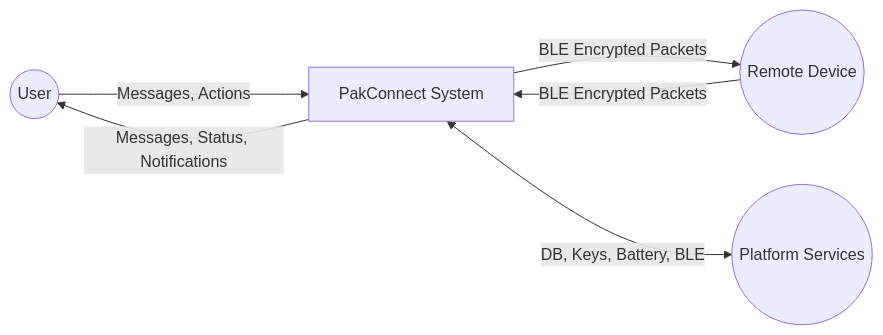
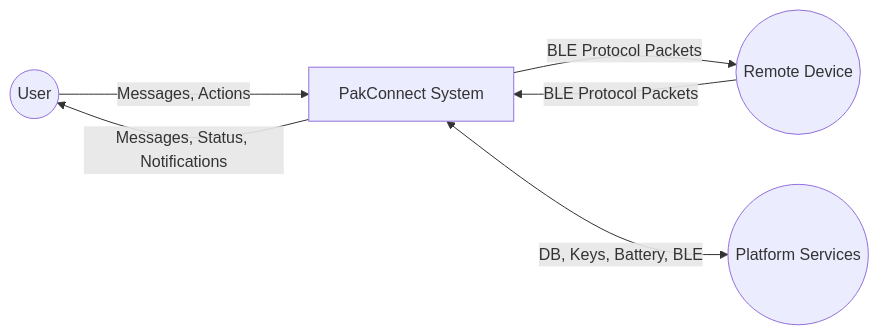
Before and after one commit to AbubakarMahmood1/pak_connect_final: the second of 4 diagrams in docs/srs/08-architecture-component-dataflow.md, drawn with Mermaid. The commit also changed other lines of this file and 27 other files, not shown here.

````diff
--- a/docs/srs/08-architecture-component-dataflow.md
+++ b/docs/srs/08-architecture-component-dataflow.md
@@ -254,15 +255,15 @@
 ```mermaid
 flowchart LR
     User((User))
     PakConnect[PakConnect System]
     RemoteDevice((Remote Device))
     Platform((Platform Services))
 
     User -->|Messages, Actions| PakConnect
     PakConnect -->|Messages, Status, Notifications| User
 
-    RemoteDevice -->|BLE Encrypted Packets| PakConnect
-    PakConnect -->|BLE Encrypted Packets| RemoteDevice
+    RemoteDevice -->|BLE Protocol Packets| PakConnect
+    PakConnect -->|BLE Protocol Packets| RemoteDevice
 
     PakConnect <-->|DB, Keys, Battery, BLE| Platform
 ```
````
